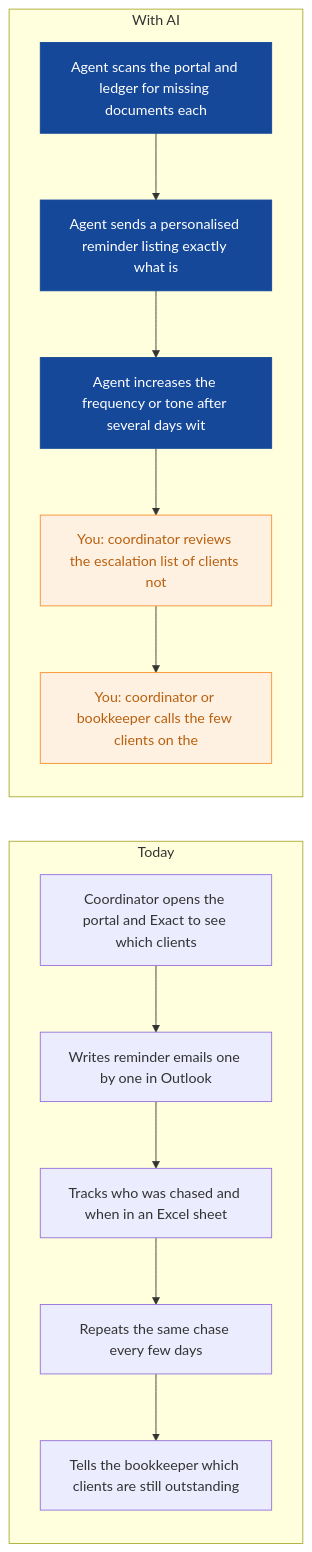
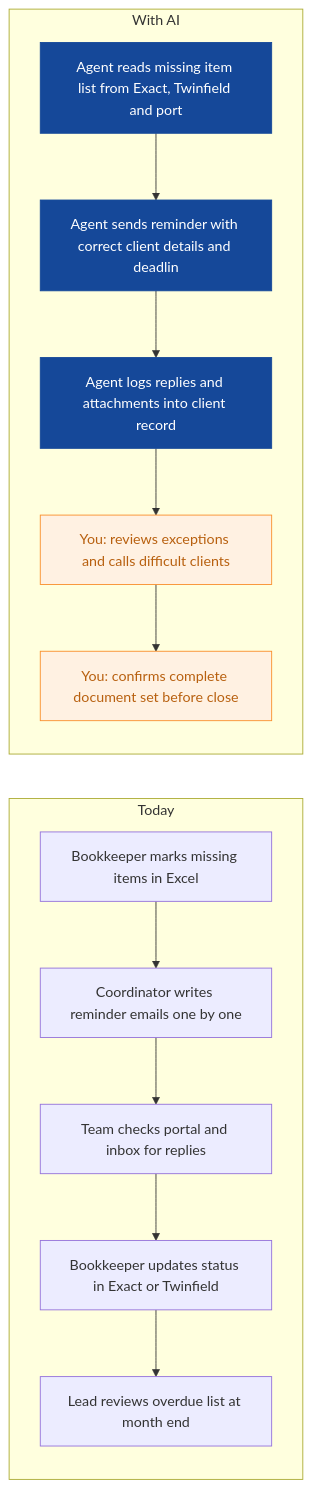
Before and after one commit to nexibeo/Complete-AI-Strategy: the first of 9 diagrams in strategies/brightwater-accountancy.md, drawn with Mermaid. The commit also changed other lines of this file and 26 other files, not shown here.

````diff
--- a/strategies/brightwater-accountancy.md
+++ b/strategies/brightwater-accountancy.md
@@ -48,23 +53,23 @@
 ```mermaid
 flowchart LR
   subgraph Today
-    B0["Coordinator opens the portal and Exact to see which clients "]
-    B1["Writes reminder emails one by one in Outlook"]
-    B2["Tracks who was chased and when in an Excel sheet"]
-    B3["Repeats the same chase every few days"]
-    B4["Tells the bookkeeper which clients are still outstanding"]
+    B0["Bookkeeper marks missing items in Excel"]
+    B1["Coordinator writes reminder emails one by one"]
+    B2["Team checks portal and inbox for replies"]
+    B3["Bookkeeper updates status in Exact or Twinfield"]
+    B4["Lead reviews overdue list at month end"]
     B0 --> B1 --> B2 --> B3 --> B4
   end
   subgraph WithAI[With AI]
-    A0["Agent scans the portal and ledger for missing documents each"]
-    A1["Agent sends a personalised reminder listing exactly what is "]
-    A2["Agent increases the frequency or tone after several days wit"]
-    A3["You: coordinator reviews the escalation list of clients not "]
-    A4["You: coordinator or bookkeeper calls the few clients on the "]
+    A0["Agent reads missing item list from Exact, Twinfield and port"]
+    A1["Agent sends reminder with correct client details and deadlin"]
+    A2["Agent logs replies and attachments into client record"]
+    A3["You: reviews exceptions and calls difficult clients"]
+    A4["You: confirms complete document set before close"]
     A0 --> A1 --> A2 --> A3 --> A4
   end
   classDef ai fill:#154899,color:#fff,stroke:#154899
   classDef human fill:#FFF1E2,color:#B8600F,stroke:#F98F2C
   class A0,A1,A2 ai
   class A3,A4 human
 ```
````
